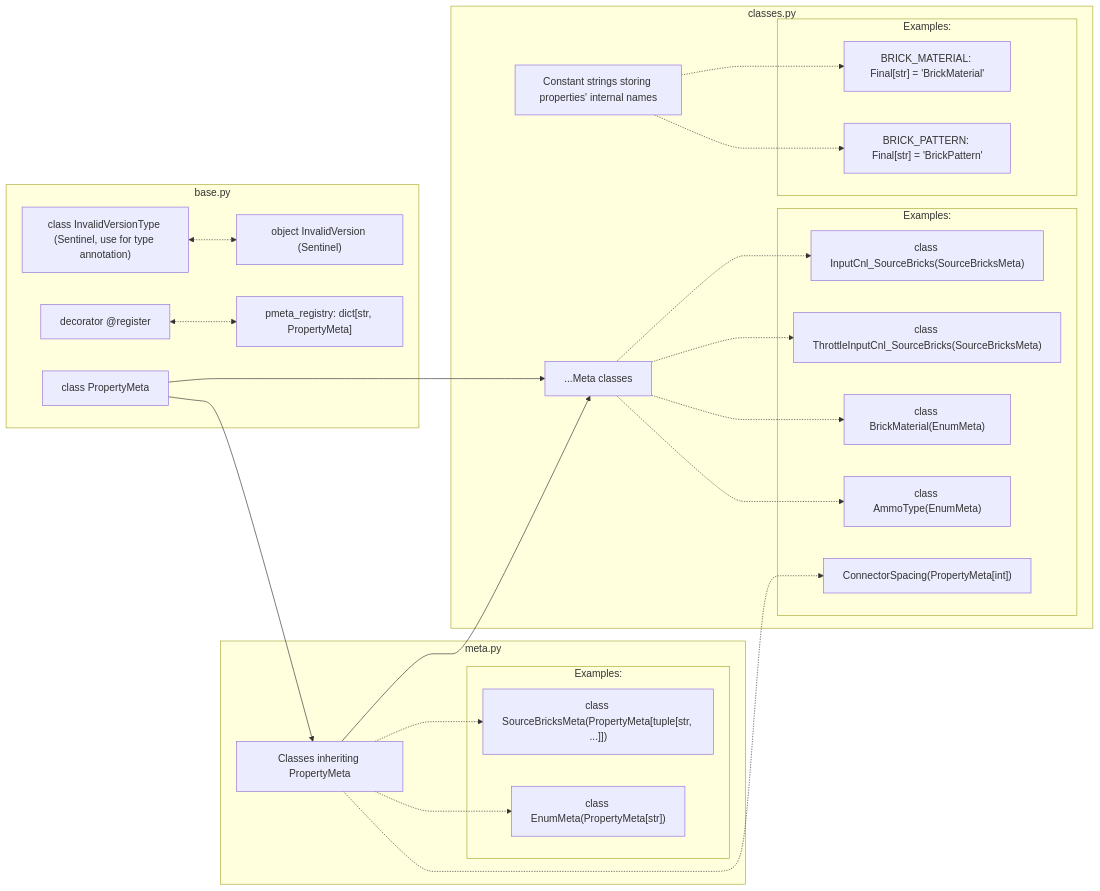
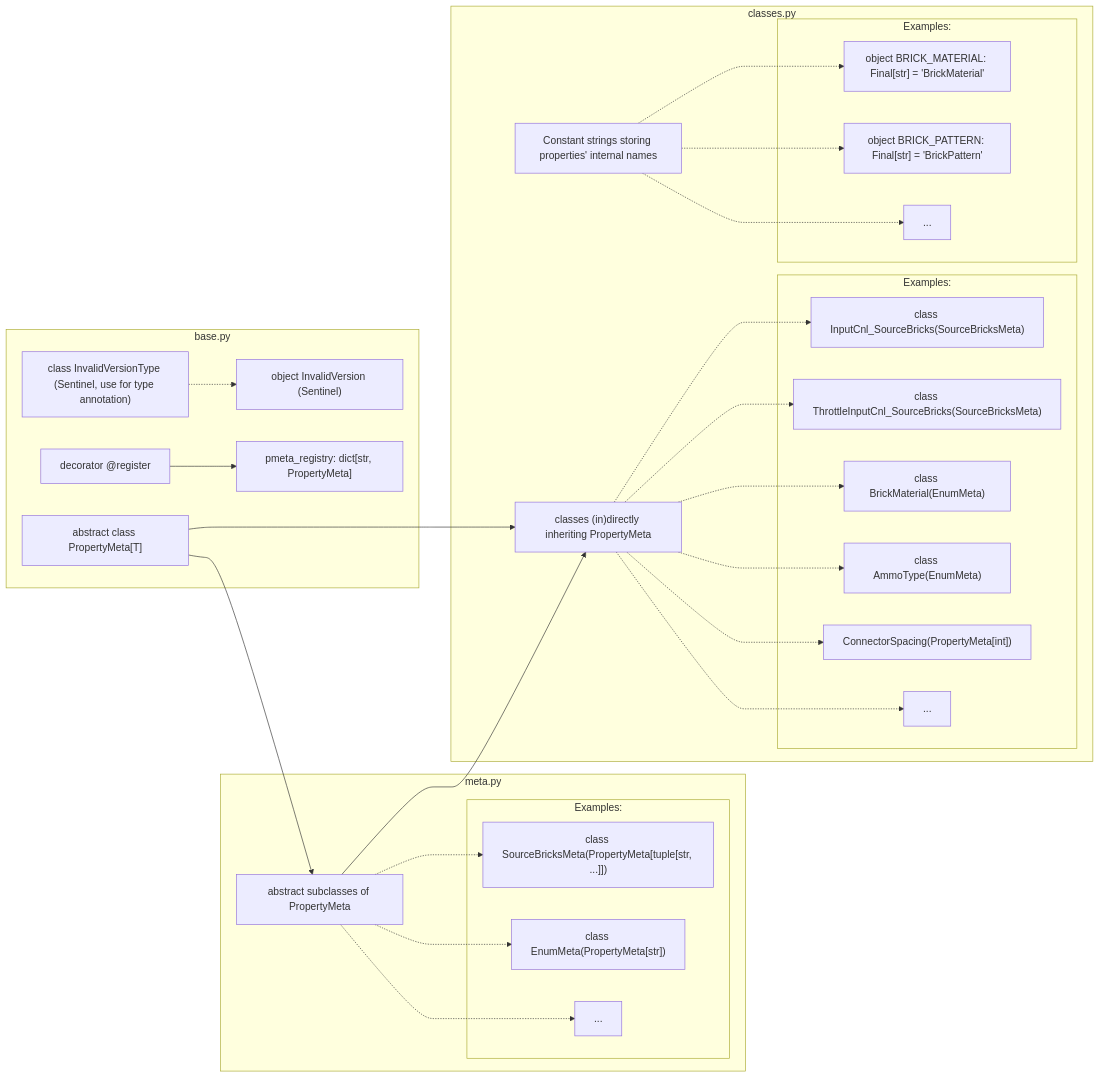
One commit to MrPerruche/BrickEdit changed the diagram in doc/p.md. Above: the diagram before and after it, drawn with Mermaid. The commit also changed 7 other files, not shown here.

````diff
--- a/doc/p.md
+++ b/doc/p.md
@@ -16,57 +17,61 @@
 ```mermaid
 flowchart LR
 
-    subgraph BASE["base.py"]
+    %% BASE
+    subgraph BASE_PY["base.py"]
     
         %% MAIN CLASS
-        PMETA["class PropertyMeta"]
+        PMETA_BASE_CLS["abstract class PropertyMeta[T]"]
 
         %% SENTINEL
-        INV["class InvalidVersionType (Sentinel, use for type annotation)"]
-        INV_I["object InvalidVersion (Sentinel)"]
+        INVALID_T["class InvalidVersionType (Sentinel, use for type annotation)"]
+        INVALID_I["object InvalidVersion (Sentinel)"]
 
+        INVALID_T -.-> INVALID_I
+
+        %% REGISTRATION
         REG["decorator @register"]
         REG_VAR["pmeta_registry: dict[str, PropertyMeta]"]
 
-    end
-    subgraph META["meta.py"]
-        M_CLS["Classes inheriting PropertyMeta"]
-        subgraph METAE["Examples:"]
-            C_CLSE1["class SourceBricksMeta(PropertyMeta[tuple[str, ...]])"]
-            C_CLSE2["class EnumMeta(PropertyMeta[str])"]
-        end
-    end
-    subgraph CLASSES["classes.py"]
-        C_CLS["...Meta classes"]
-        C_F["Constant strings storing properties' internal names"]
-        subgraph C_CLSE["Examples:"]
-            C_CLSE1_1["class InputCnl_SourceBricks(SourceBricksMeta)"]
-            C_CLSE1_2["class ThrottleInputCnl_SourceBricks(SourceBricksMeta)"]
-            C_CLSE2_1["class BrickMaterial(EnumMeta)"]
-            C_CLSE2_2["class AmmoType(EnumMeta)"]
-            C_CLSE3["ConnectorSpacing(PropertyMeta[int])"]
-        end
-        subgraph C_FE["Examples:"]
-            C_FE1["BRICK_MATERIAL: Final[str] = 'BrickMaterial'"]
-            C_FE2["BRICK_PATTERN: Final[str] = 'BrickPattern'"]
-        end
+        REG --> REG_VAR
     end
 
-    PMETA --> C_CLS & M_CLS
-    M_CLS --> C_CLS
-    REG <-.-> REG_VAR
+    subgraph META_PY["meta.py"]
+        ABSTRACT_PMETA_SUBCLS["abstract subclasses of PropertyMeta"]
+        subgraph ABSTRACT_PMETA_SUBCLS_EXAMPLES["Examples:"]
+            ABSTRACT_PMETA_SUBCLS_EX1["class SourceBricksMeta(PropertyMeta[tuple[str, ...]])"]
+            ABSTRACT_PMETA_SUBCLS_EX2["class EnumMeta(PropertyMeta[str])"]
+            ABSTRACT_PMETA_SUBCLS_ETC["..."]
+        end
 
-    C_CLS -.-> C_CLSE1_1 & C_CLSE1_2 & C_CLSE2_1 & C_CLSE2_2 
-    C_F -.-> C_FE1 & C_FE2
+        PMETA_BASE_CLS --> ABSTRACT_PMETA_SUBCLS
+        ABSTRACT_PMETA_SUBCLS -.-> ABSTRACT_PMETA_SUBCLS_EX1 & ABSTRACT_PMETA_SUBCLS_EX2 & ABSTRACT_PMETA_SUBCLS_ETC
+    end
 
-    M_CLS -.-> C_CLSE1 & C_CLSE2 & C_CLSE3
+    subgraph CLASSES_PY["classes.py"]
 
-    INV <-.-> INV_I
+        PROPERTY_CLASSES["classes (in)directly inheriting PropertyMeta"]
+        ABSTRACT_PMETA_SUBCLS & PMETA_BASE_CLS --> PROPERTY_CLASSES
 
-    %% classDef cls_PMETA fill:#934
-    %% class PMETA cls_PMETA
-    %% classDef cls_MCLS fill:#a64
-    %% class M_CLS,C_CLSE1,C_CLSE2 cls_MCLS
-    %% classDef cls_iiCLS fill:#a84
-    %% class C_CLS,C_CLSE1_1,C_CLSE1_2,C_CLSE2_1,C_CLSE2_2,C_CLSE3 cls_iiCLS
+        subgraph PROPERTY_CLASSES_EXAMPLES["Examples:"]
+            PROPERTY_CLASSES_EX_PARENT1_SUBCLS1["class InputCnl_SourceBricks(SourceBricksMeta)"]
+            PROPERTY_CLASSES_EX_PARENT1_SUBCLS2["class ThrottleInputCnl_SourceBricks(SourceBricksMeta)"]
+            PROPERTY_CLASSES_EX_PARENT2_SUBCLS1["class BrickMaterial(EnumMeta)"]
+            PROPERTY_CLASSES_EX_PARENT2_SUBCLS2["class AmmoType(EnumMeta)"]
+            PROPERTY_CLASSES_EX_PARENT3_SUBCLS1["ConnectorSpacing(PropertyMeta[int])"]
+            PROPERTY_CLASSES_ETC["..."]
+        end
+
+        PROPERTY_CLASSES -.-> PROPERTY_CLASSES_EX_PARENT1_SUBCLS1 & PROPERTY_CLASSES_EX_PARENT1_SUBCLS2 & PROPERTY_CLASSES_EX_PARENT2_SUBCLS1 & PROPERTY_CLASSES_EX_PARENT2_SUBCLS2 & PROPERTY_CLASSES_EX_PARENT3_SUBCLS1 & PROPERTY_CLASSES_ETC
+
+        PROPERTY_NAMES["Constant strings storing properties' internal names"]
+
+        subgraph PROPERTY_NAMES_EXAMPLES["Examples:"]
+            PROPERTY_NAMES_EX1["object BRICK_MATERIAL: Final[str] = 'BrickMaterial'"]
+            PROPERTY_NAMES_EX2["object BRICK_PATTERN: Final[str] = 'BrickPattern'"]
+            PROPERTY_NAMES_ETC["..."]
+        end
+
+        PROPERTY_NAMES -.-> PROPERTY_NAMES_EX1 & PROPERTY_NAMES_EX2 & PROPERTY_NAMES_ETC
+    end
 ```
````
